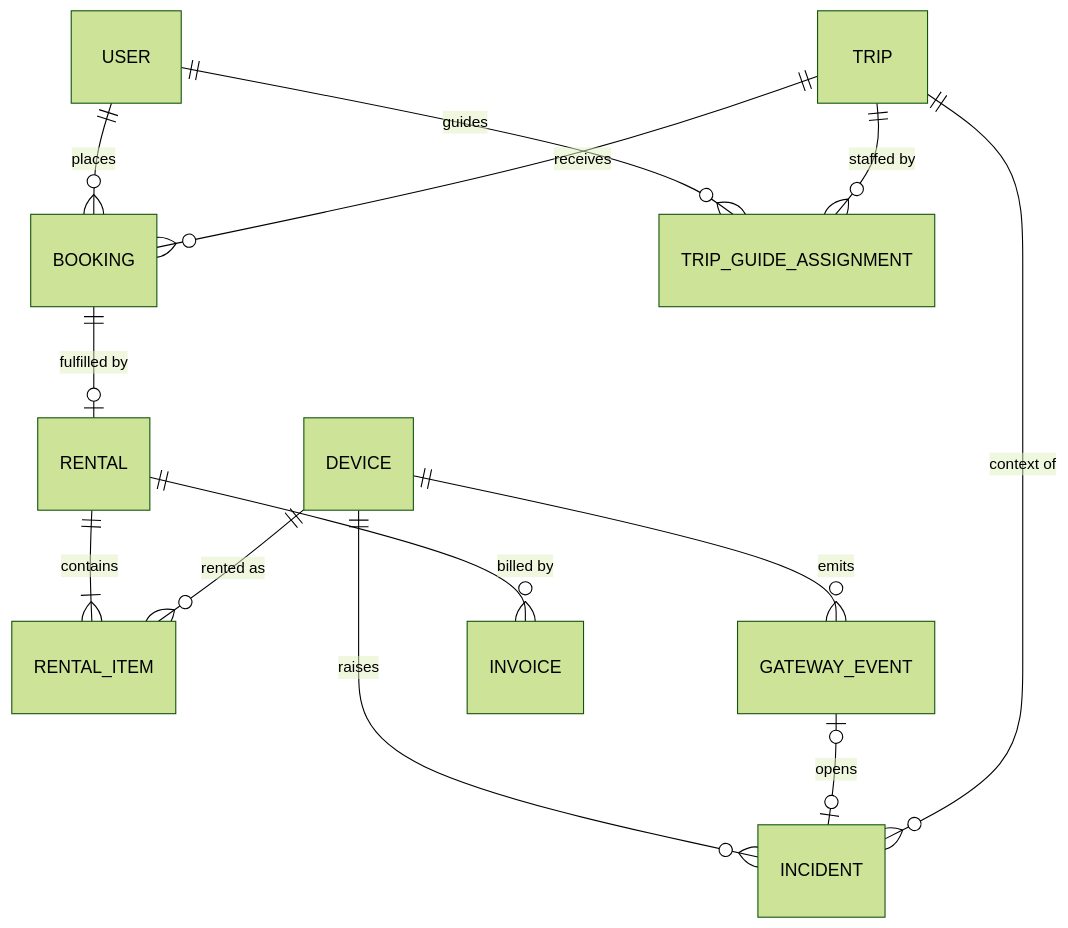
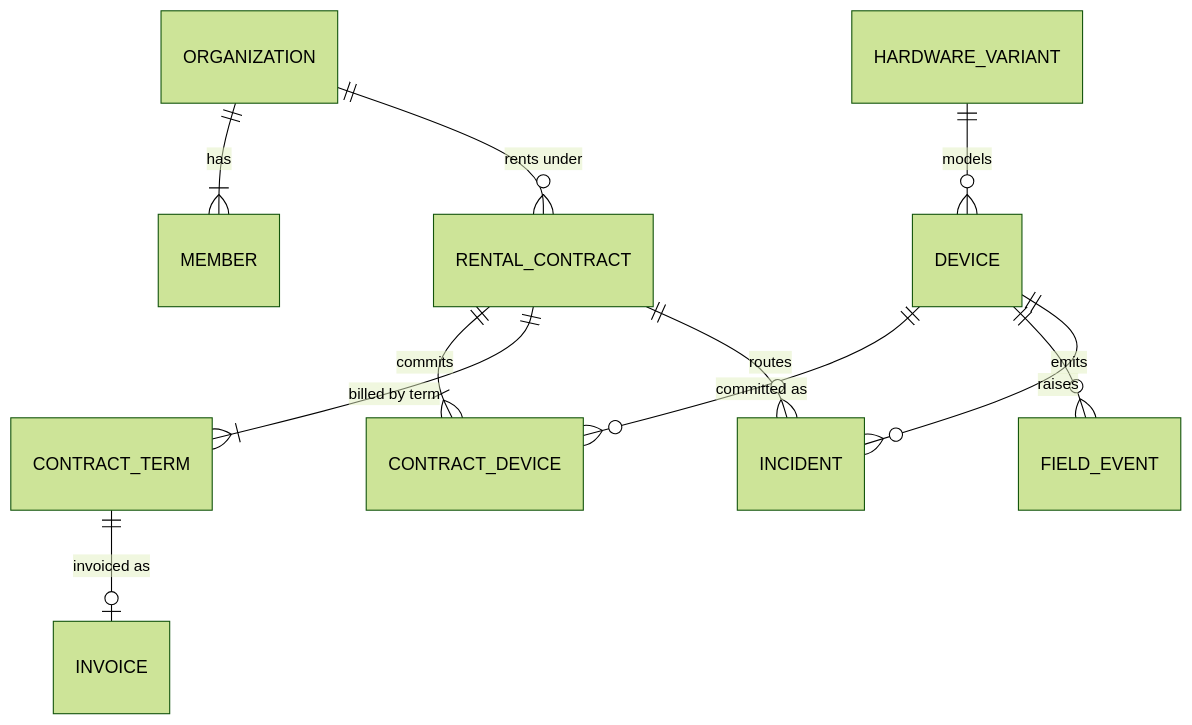
One commit to TrekLink-Team/treklink-web changed the fourth of 5 diagrams in specs/platform/design.md. Above: the diagram before and after it, drawn with Mermaid (forest theme). The commit also changed other lines of this file and 367 other files, not shown here.

First line of the commit message:
docs: rewrite the module specs and schema from the rescoped SRS

````diff
--- a/specs/platform/design.md
+++ b/specs/platform/design.md
@@ -162,15 +208,13 @@
 ```mermaid
 erDiagram
-    USER ||--o{ BOOKING : "places"
-    USER ||--o{ TRIP_GUIDE_ASSIGNMENT : "guides"
-    TRIP ||--o{ TRIP_GUIDE_ASSIGNMENT : "staffed by"
-    TRIP ||--o{ BOOKING : "receives"
-    BOOKING ||--o| RENTAL : "fulfilled by"
-    RENTAL ||--|{ RENTAL_ITEM : "contains"
-    DEVICE ||--o{ RENTAL_ITEM : "rented as"
-    DEVICE ||--o{ GATEWAY_EVENT : "emits"
+    ORGANIZATION ||--|{ MEMBER : "has"
+    ORGANIZATION ||--o{ RENTAL_CONTRACT : "rents under"
+    HARDWARE_VARIANT ||--o{ DEVICE : "models"
+    RENTAL_CONTRACT ||--|{ CONTRACT_DEVICE : "commits"
+    DEVICE ||--o{ CONTRACT_DEVICE : "committed as"
+    RENTAL_CONTRACT ||--|{ CONTRACT_TERM : "billed by term"
+    CONTRACT_TERM ||--o| INVOICE : "invoiced as"
+    DEVICE ||--o{ FIELD_EVENT : "emits"
     DEVICE ||--o{ INCIDENT : "raises"
-    GATEWAY_EVENT |o--o| INCIDENT : "opens"
-    TRIP ||--o{ INCIDENT : "context of"
-    RENTAL ||--o{ INVOICE : "billed by"
+    RENTAL_CONTRACT ||--o{ INCIDENT : "routes"
 ```
````
